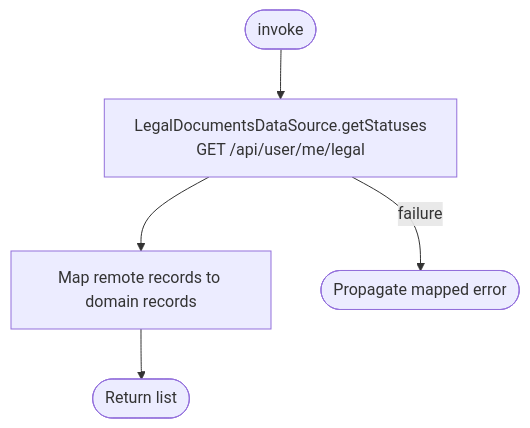
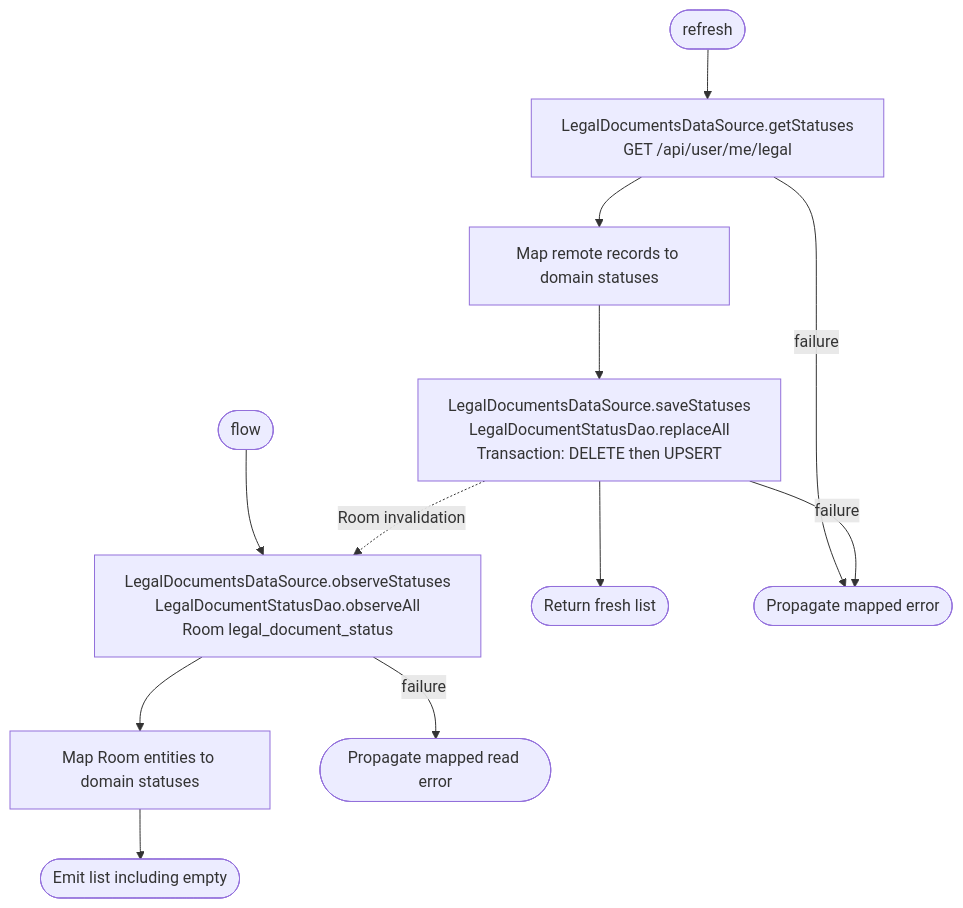
Before and after one commit to nocturneproperties/bookkme-client: the diagram in docs/operations/settings/get-legal-document-statuses.md, drawn with Mermaid. The commit also changed other lines of this file and 29 other files, not shown here.

Commit message:
[ISSUE-119] move legal documents to db instead of prefs

````diff
--- a/docs/operations/settings/get-legal-document-statuses.md
+++ b/docs/operations/settings/get-legal-document-statuses.md
@@ -9,7 +11,14 @@
 ```mermaid
 flowchart TD
-    Start([invoke]) --> Fetch["LegalDocumentsDataSource.getStatuses<br/>GET /api/user/me/legal"]
-    Fetch --> Map[Map remote records to domain records]
-    Map --> Result([Return list])
+    Observe([flow]) --> Local["LegalDocumentsDataSource.observeStatuses<br/>LegalDocumentStatusDao.observeAll<br/>Room legal_document_status"]
+    Local --> MapLocal[Map Room entities to domain statuses]
+    MapLocal --> Emit([Emit list including empty])
+    Local -- failure --> ReadError([Propagate mapped read error])
+    Refresh([refresh]) --> Fetch["LegalDocumentsDataSource.getStatuses<br/>GET /api/user/me/legal"]
+    Fetch --> MapRemote[Map remote records to domain statuses]
+    MapRemote --> Save["LegalDocumentsDataSource.saveStatuses<br/>LegalDocumentStatusDao.replaceAll<br/>Transaction: DELETE then UPSERT"]
+    Save --> Result([Return fresh list])
+    Save -. Room invalidation .-> Local
     Fetch -- failure --> Error([Propagate mapped error])
+    Save -- failure --> Error
 ```
````
